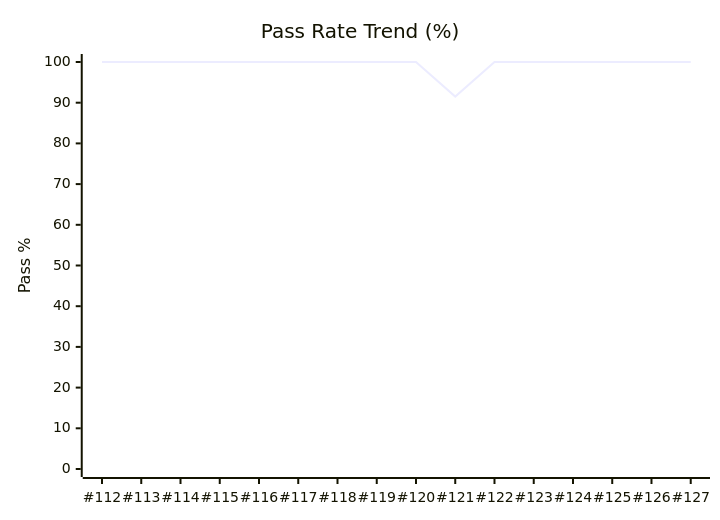
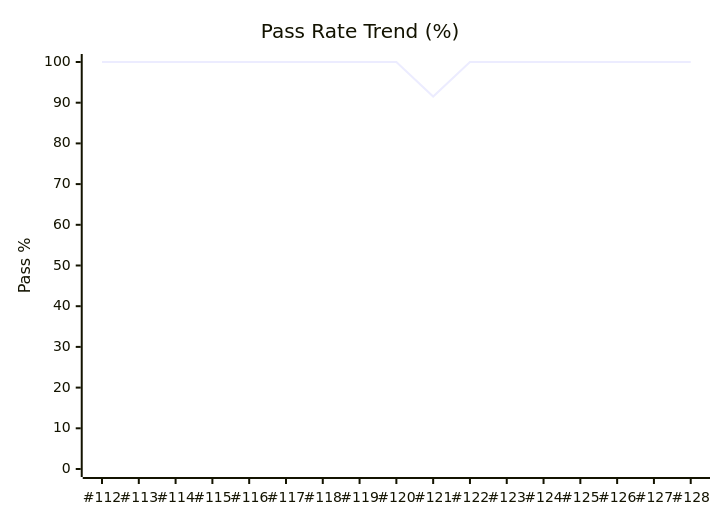
One commit to karimarie67/QA-boost changed the diagram in dashboards/qa-metrics.md. Above: the diagram before and after it, drawn with Mermaid. The commit also changed other lines of this file and 2 other files, not shown here.

````diff
--- a/dashboards/qa-metrics.md
+++ b/dashboards/qa-metrics.md
@@ -37,7 +37,7 @@
 ```mermaid
 xychart-beta
     title "Pass Rate Trend (%)"
-    x-axis [#112, #113, #114, #115, #116, #117, #118, #119, #120, #121, #122, #123, #124, #125, #126, #127]
+    x-axis [#112, #113, #114, #115, #116, #117, #118, #119, #120, #121, #122, #123, #124, #125, #126, #127, #128]
     y-axis "Pass %" 0 --> 100
-    line [100.0, 100.0, 100.0, 100.0, 100.0, 100.0, 100.0, 100.0, 100.0, 91.5, 100.0, 100.0, 100.0, 100.0, 100.0, 100.0]
+    line [100.0, 100.0, 100.0, 100.0, 100.0, 100.0, 100.0, 100.0, 100.0, 91.5, 100.0, 100.0, 100.0, 100.0, 100.0, 100.0, 100.0]
 ```
````
